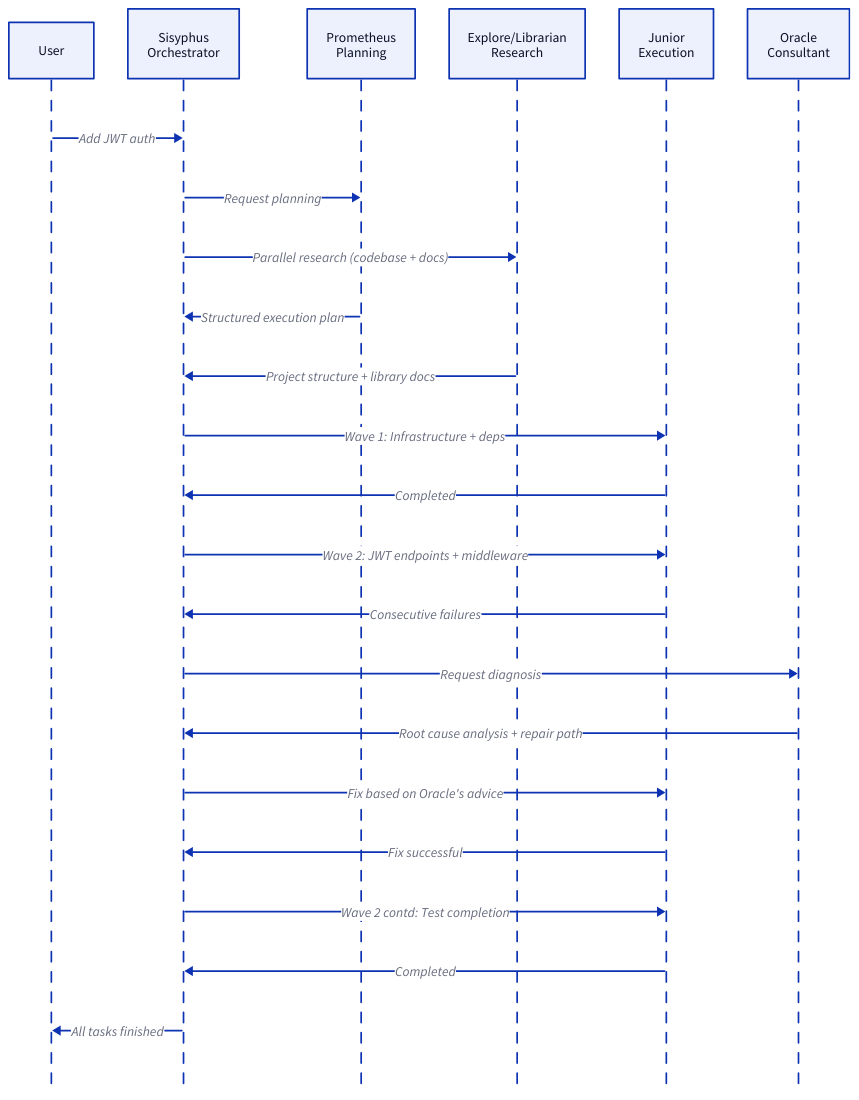
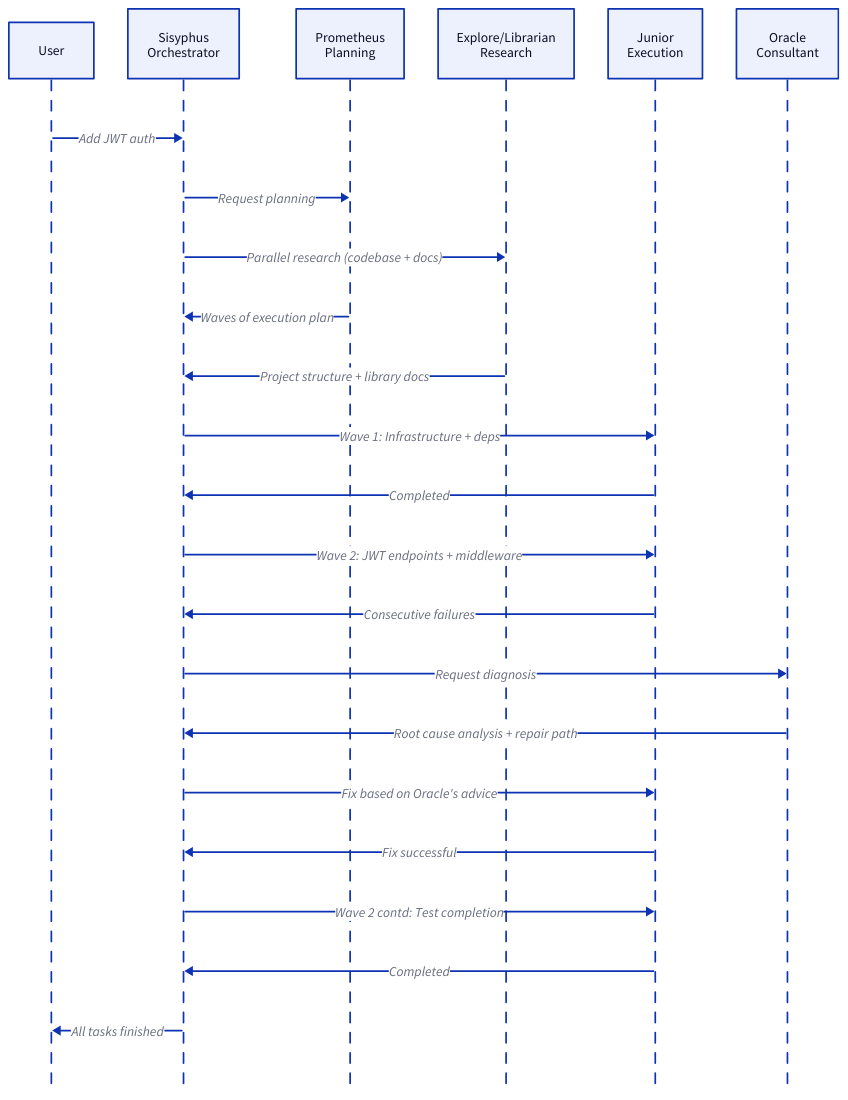
Before and after one commit to jsl9208/blog: the second of 2 diagrams in src/data/blog/en/oh-my-opencode-part-1.md, drawn with D2. The commit also changed other lines of this file and 3 other files, not shown here.

````diff
--- a/src/data/blog/en/oh-my-opencode-part-1.md
+++ b/src/data/blog/en/oh-my-opencode-part-1.md
@@ -254,26 +277,26 @@
 ```d2
 shape: sequence_diagram
 User: User
 Sisyphus: "Sisyphus\nOrchestrator"
 Prometheus: "Prometheus\nPlanning"
 Explore: "Explore/Librarian\nResearch"
 Junior: "Junior\nExecution"
 Oracle: "Oracle\nConsultant"
 
 User -> Sisyphus: "Add JWT auth"
 Sisyphus -> Prometheus: Request planning
 Sisyphus -> Explore: Parallel research (codebase + docs)
-Prometheus -> Sisyphus: Structured execution plan
+Prometheus -> Sisyphus: Waves of execution plan
 Explore -> Sisyphus: Project structure + library docs
 Sisyphus -> Junior: "Wave 1: Infrastructure + deps"
 Junior -> Sisyphus: Completed
 Sisyphus -> Junior: "Wave 2: JWT endpoints + middleware"
 Junior -> Sisyphus: Consecutive failures
 Sisyphus -> Oracle: Request diagnosis
 Oracle -> Sisyphus: Root cause analysis + repair path
 Sisyphus -> Junior: Fix based on Oracle's advice
 Junior -> Sisyphus: Fix successful
 Sisyphus -> Junior: "Wave 2 contd: Test completion"
 Junior -> Sisyphus: Completed
 Sisyphus -> User: All tasks finished
 ```
````
